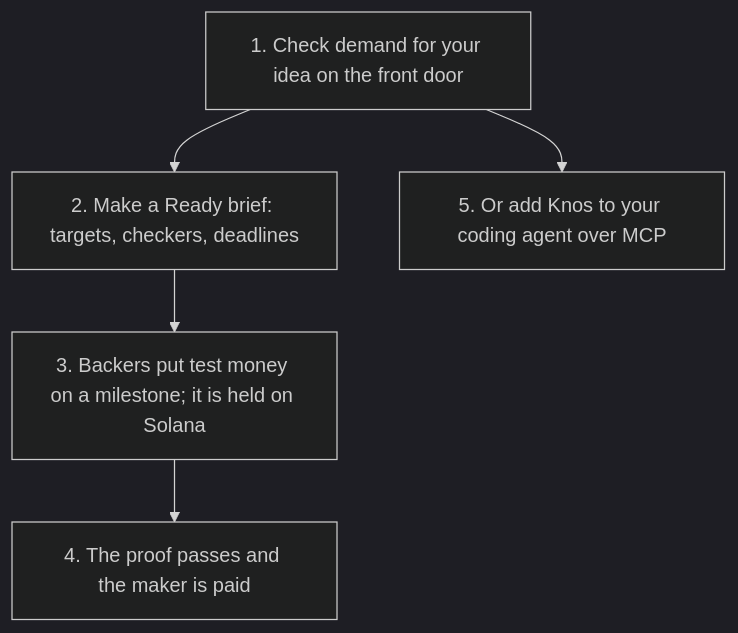
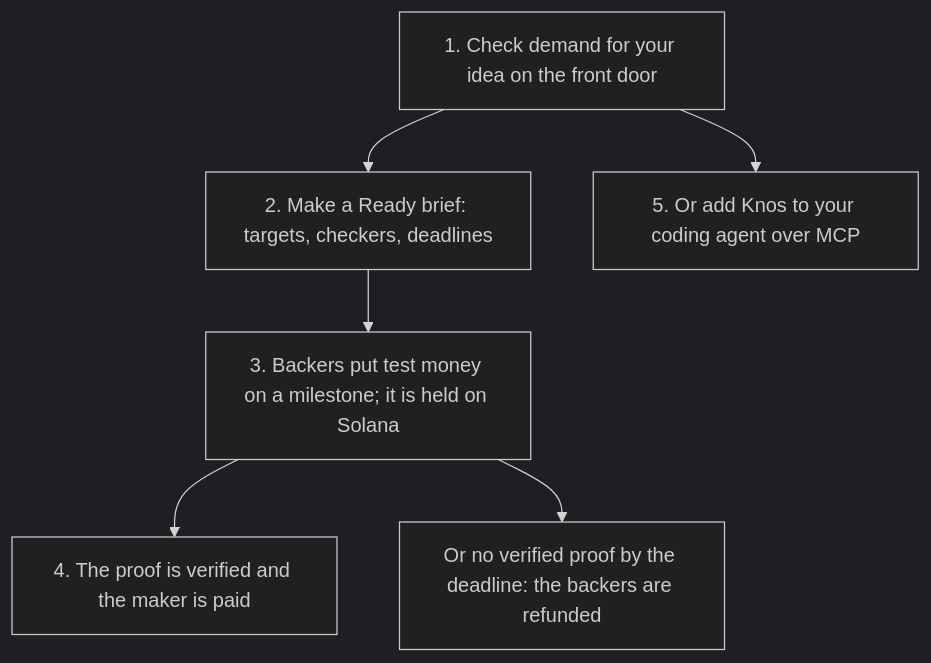
Before and after one commit to drexthealpha/Knos: the diagram in docs/START.md, drawn with Mermaid (dark theme). The commit also changed other lines of this file and 673 other files, not shown here.

Commit message:
One product in every public text: no stored Qloo answers on Pages, the plain words, the valley flow first, live links only

````diff
--- a/docs/START.md
+++ b/docs/START.md
@@ -7,10 +7,12 @@
 ```mermaid
 flowchart TB
     demand["1. Check demand for your idea on the front door"]
     ready["2. Make a Ready brief: targets, checkers, deadlines"]
     fund["3. Backers put test money on a milestone; it is held on Solana"]
-    paid["4. The proof passes and the maker is paid"]
+    paid["4. The proof is verified and the maker is paid"]
+    back["Or no verified proof by the deadline: the backers are refunded"]
     agent["5. Or add Knos to your coding agent over MCP"]
     demand --> ready --> fund --> paid
+    fund --> back
     demand --> agent
 ```
````
